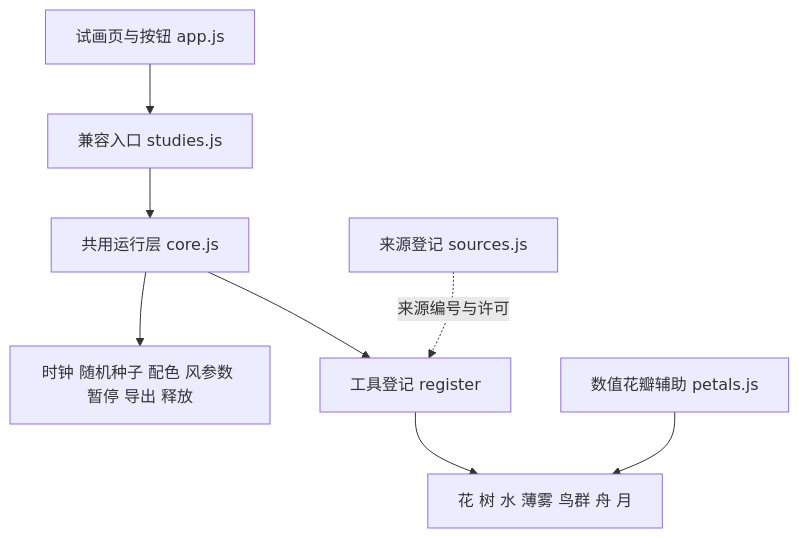
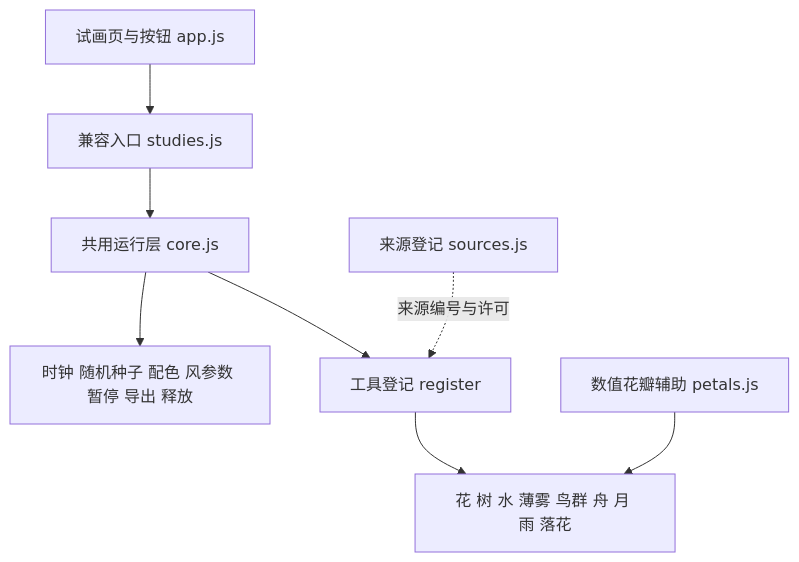
The diagram in experiments/imagery-library/drawing/README.md (tuolaskifc/flowing-poetry), drawn with Mermaid before and after one commit. The commit also changed other lines of this file and 19 other files, not shown here.

````diff
--- a/experiments/imagery-library/drawing/README.md
+++ b/experiments/imagery-library/drawing/README.md
@@ -9,10 +9,10 @@
 ```mermaid
 flowchart TD
   ui[试画页与按钮 app.js] --> facade[兼容入口 studies.js]
   facade --> core[共用运行层 core.js]
   core --> registry[工具登记 register]
-  registry --> tools[花 树 水 薄雾 鸟群 舟 月]
+  registry --> tools[花 树 水 薄雾 鸟群 舟 月 雨 落花]
   sources[来源登记 sources.js] -. 来源编号与许可 .-> registry
   core --> common[时钟 随机种子 配色 风参数 暂停 导出 释放]
   petals[数值花瓣辅助 petals.js] --> tools
 ```
````
